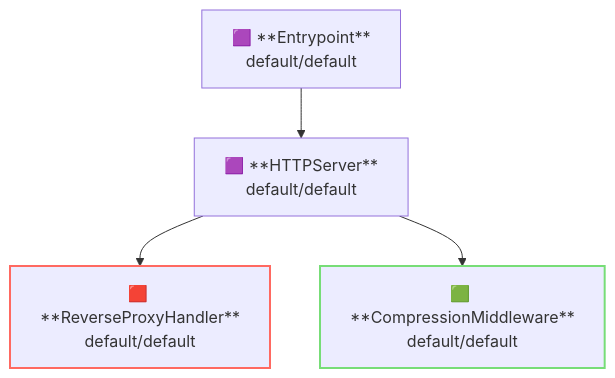
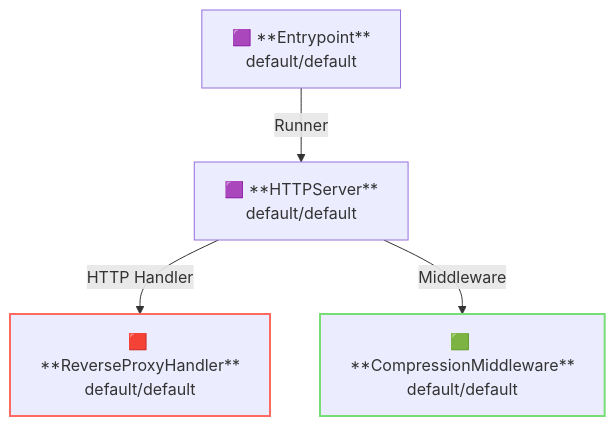
The second of 2 diagrams in examples/authn-resource-server/README.md (aileron-gateway/aileron-gateway), drawn with Mermaid before and after one commit. The commit also changed other lines of this file and 244 other files, not shown here.

````diff
--- a/examples/authn-resource-server/README.md
+++ b/examples/authn-resource-server/README.md
@@ -105,14 +69,14 @@
 ```mermaid
 graph TD
   Entrypoint["🟪 **Entrypoint**</br>default/default"]
   HTTPServer["🟪 **HTTPServer**</br>default/default"]
   ReverseProxyHandler["🟥 **ReverseProxyHandler**</br>default/default"]
   CompressionMiddleware["🟩 **CompressionMiddleware**</br>default/default"]
 
-Entrypoint --> HTTPServer
-HTTPServer --> ReverseProxyHandler
-HTTPServer --> CompressionMiddleware
+Entrypoint --"Runner"--> HTTPServer
+HTTPServer --"HTTP Handler"--> ReverseProxyHandler
+HTTPServer --"Middleware"--> CompressionMiddleware
 
 style ReverseProxyHandler stroke:#ff6961,stroke-width:2px
 style CompressionMiddleware stroke:#77dd77,stroke-width:2px
 ```
````
